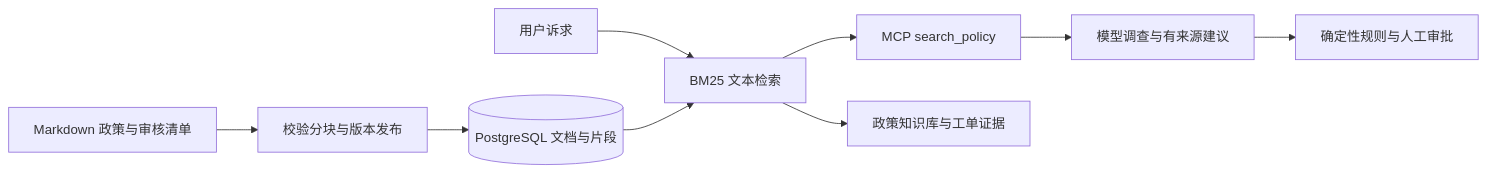
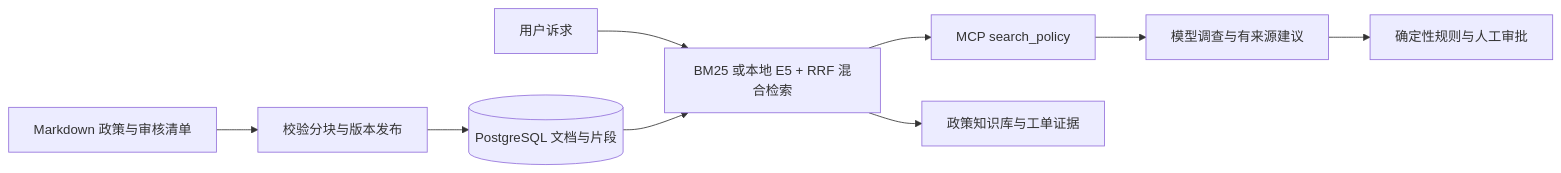
One commit to qq789qq978-cpu/ResolveFlow changed the diagram in RAG.md. Above: the diagram before and after it, drawn with Mermaid. The commit also changed other lines of this file and 44 other files, not shown here.

````diff
--- a/RAG.md
+++ b/RAG.md
@@ -7,11 +7,11 @@
 ```mermaid
 flowchart LR
   Docs[Markdown 政策与审核清单] --> Import[校验分块与版本发布]
   Import --> PG[(PostgreSQL 文档与片段)]
-  Query[用户诉求] --> Search[BM25 文本检索]
+  Query[用户诉求] --> Search[BM25 或本地 E5 + RRF 混合检索]
   PG --> Search
   Search --> MCP[MCP search_policy]
   MCP --> Model[模型调查与有来源建议]
   Model --> Rules[确定性规则与人工审批]
   Search --> UI[政策知识库与工单证据]
 ```
````
